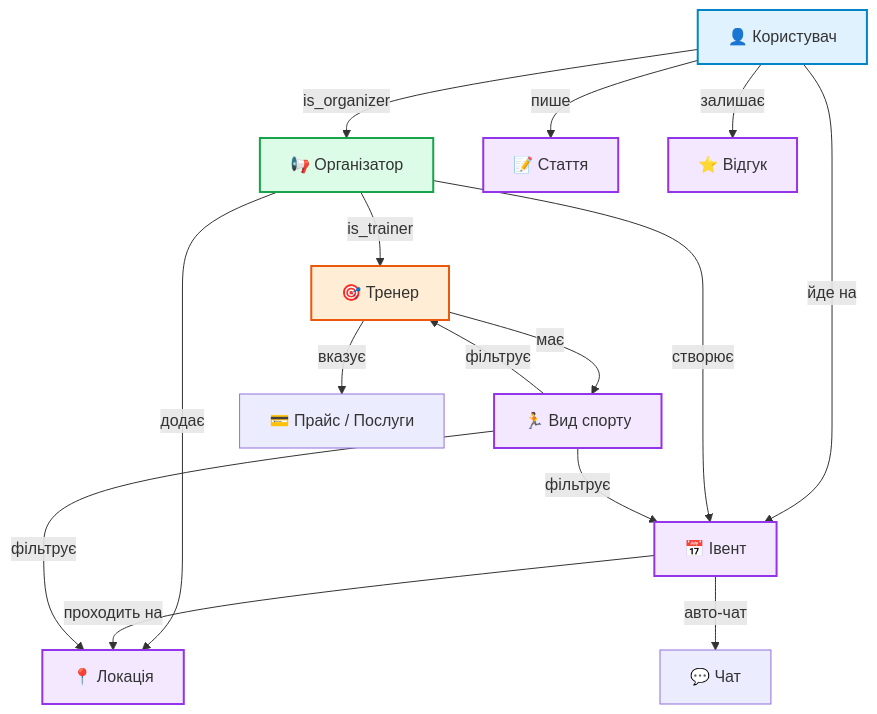
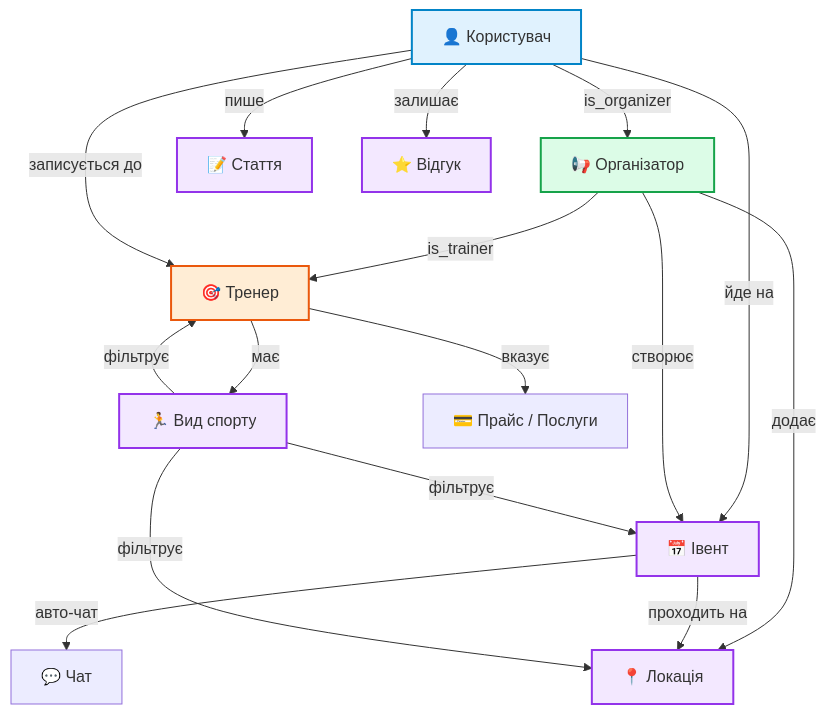
The diagram in README.md (lingarmlana/na-sporti-documents), drawn with Mermaid before and after one commit.

````diff
--- a/README.md
+++ b/README.md
@@ -3,26 +3,27 @@
 ```mermaid
 graph TD
     classDef base fill:#e0f2fe,stroke:#0284c7,stroke-width:2px;
     classDef org fill:#dcfce7,stroke:#16a34a,stroke-width:2px;
     classDef trainer fill:#ffedd5,stroke:#ea580c,stroke-width:2px;
     classDef content fill:#f3e8ff,stroke:#9333ea,stroke-width:2px;
 
     U[👤 Користувач]:::base -->|is_organizer| O[📢 Організатор]:::org
     O -->|is_trainer| T[🎯 Тренер]:::trainer
 
     U -->|пише| A[📝 Стаття]:::content
     U -->|залишає| R[⭐ Відгук]:::content
     U -->|йде на| E[📅 Івент]:::content
+    U -->|записується до| T
 
     O -->|створює| E
     O -->|додає| L[📍 Локація]:::content
 
     T -->|має| S[🏃 Вид спорту]:::content
     T -->|вказує| P[💳 Прайс / Послуги]
 
     E -->|проходить на| L
     E -->|авто-чат| C[💬 Чат]
     S -->|фільтрує| E
     S -->|фільтрує| L
     S -->|фільтрує| T
 ```
````
